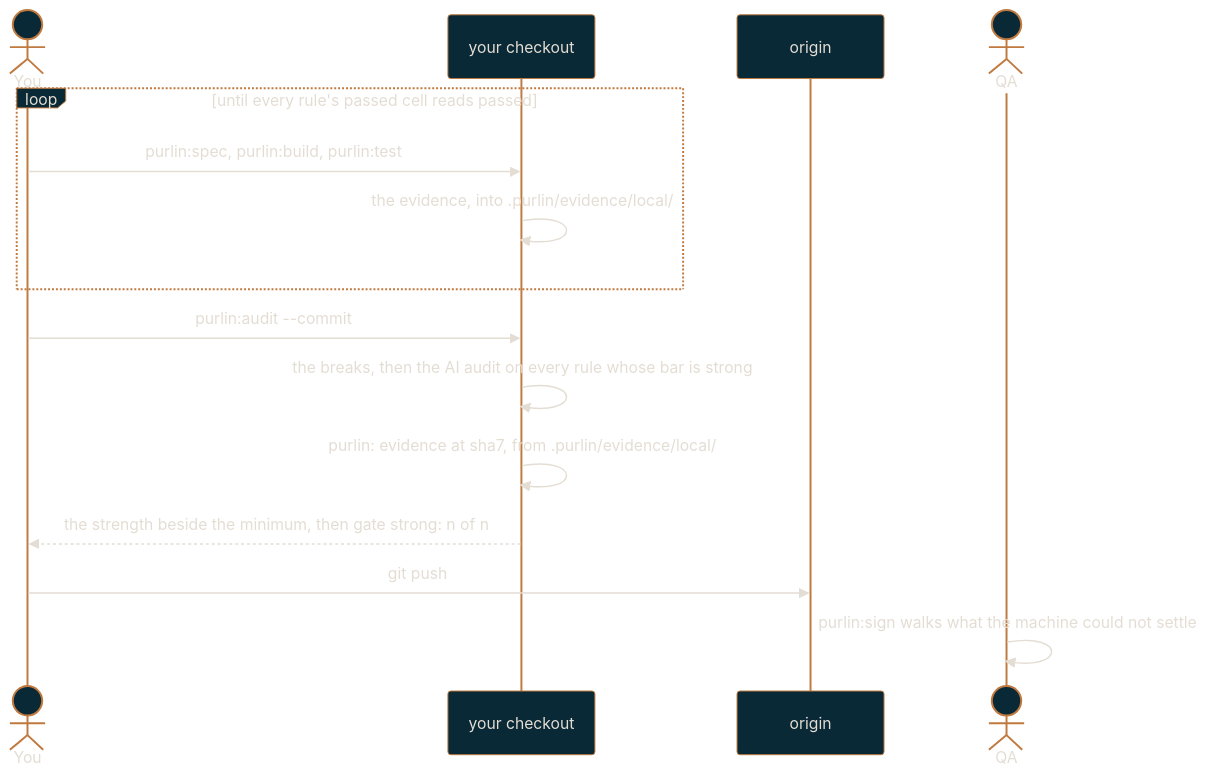
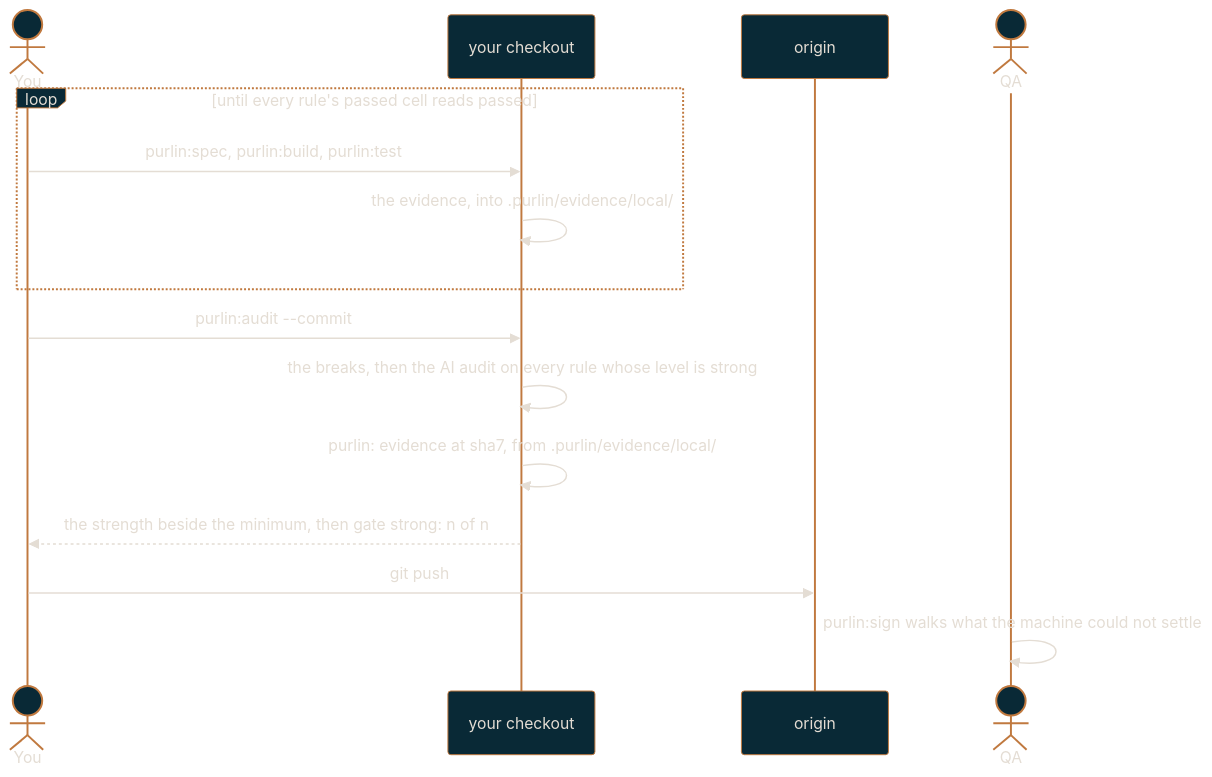
Before and after one commit to rlabarca/purlin: the diagram in docs/team-workflow.md, drawn with Mermaid. The commit also changed other lines of this file and 32 other files, not shown here.

````diff
--- a/docs/team-workflow.md
+++ b/docs/team-workflow.md
@@ -34,18 +34,18 @@
 ```mermaid
 %%{init: {"theme": "base", "themeVariables": {"background": "#0C3444", "primaryColor": "#092936", "primaryTextColor": "#E4DDD4", "primaryBorderColor": "#C0793F", "lineColor": "#C0793F", "secondaryColor": "#0C3444", "tertiaryColor": "#092936", "fontFamily": "Arial", "textColor": "#E4DDD4"}}}%%
 sequenceDiagram
     actor You
     participant Tree as your checkout
     participant Origin as origin
     actor QA
     loop until every rule's passed cell reads passed
         You->>Tree: purlin:spec, purlin:build, purlin:test
         Tree->>Tree: the evidence, into .purlin/evidence/local/
     end
     You->>Tree: purlin:audit --commit
-    Tree->>Tree: the breaks, then the AI audit on every rule whose bar is strong
+    Tree->>Tree: the breaks, then the AI audit on every rule whose level is strong
     Tree->>Tree: purlin: evidence at sha7, from .purlin/evidence/local/
     Tree-->>You: the strength beside the minimum, then gate strong: n of n
     You->>Origin: git push
     QA->>QA: purlin:sign walks what the machine could not settle
 ```
````
